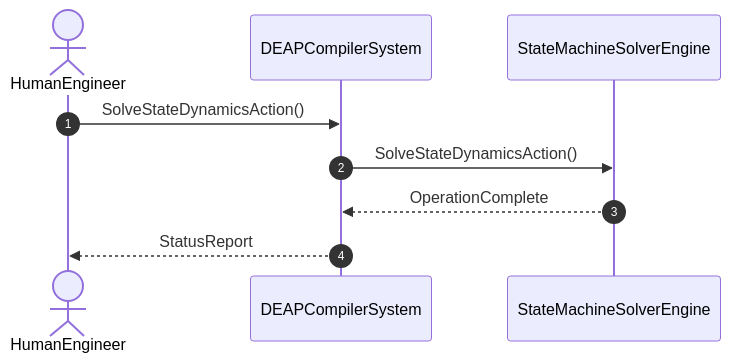
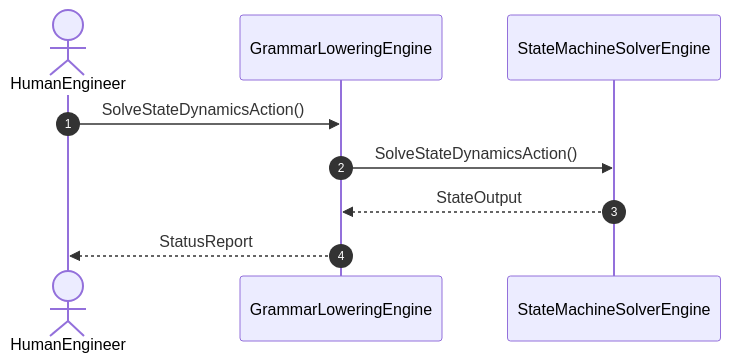
One commit to gintatkinson/dumpiler-01 changed the diagram in docs/user-stories/US-06-SolveStateDynamicsAction.md. Above: the diagram before and after it, drawn with Mermaid. The commit also changed other lines of this file and 45 other files, not shown here.

````diff
--- a/docs/user-stories/US-06-SolveStateDynamicsAction.md
+++ b/docs/user-stories/US-06-SolveStateDynamicsAction.md
@@ -16,11 +16,11 @@
 ```mermaid
 sequenceDiagram
     autonumber
     actor HumanEngineer
-    participant DEAPCompilerSystem
+    participant GrammarLoweringEngine
     participant StateMachineSolverEngine
-    HumanEngineer->>DEAPCompilerSystem: SolveStateDynamicsAction()
-    DEAPCompilerSystem->>StateMachineSolverEngine: SolveStateDynamicsAction()
-    StateMachineSolverEngine-->>DEAPCompilerSystem: OperationComplete
-    DEAPCompilerSystem-->>HumanEngineer: StatusReport
+    HumanEngineer->>GrammarLoweringEngine: SolveStateDynamicsAction()
+    GrammarLoweringEngine->>StateMachineSolverEngine: SolveStateDynamicsAction()
+    StateMachineSolverEngine-->>GrammarLoweringEngine: StateOutput
+    GrammarLoweringEngine-->>HumanEngineer: StatusReport
 ```
````
